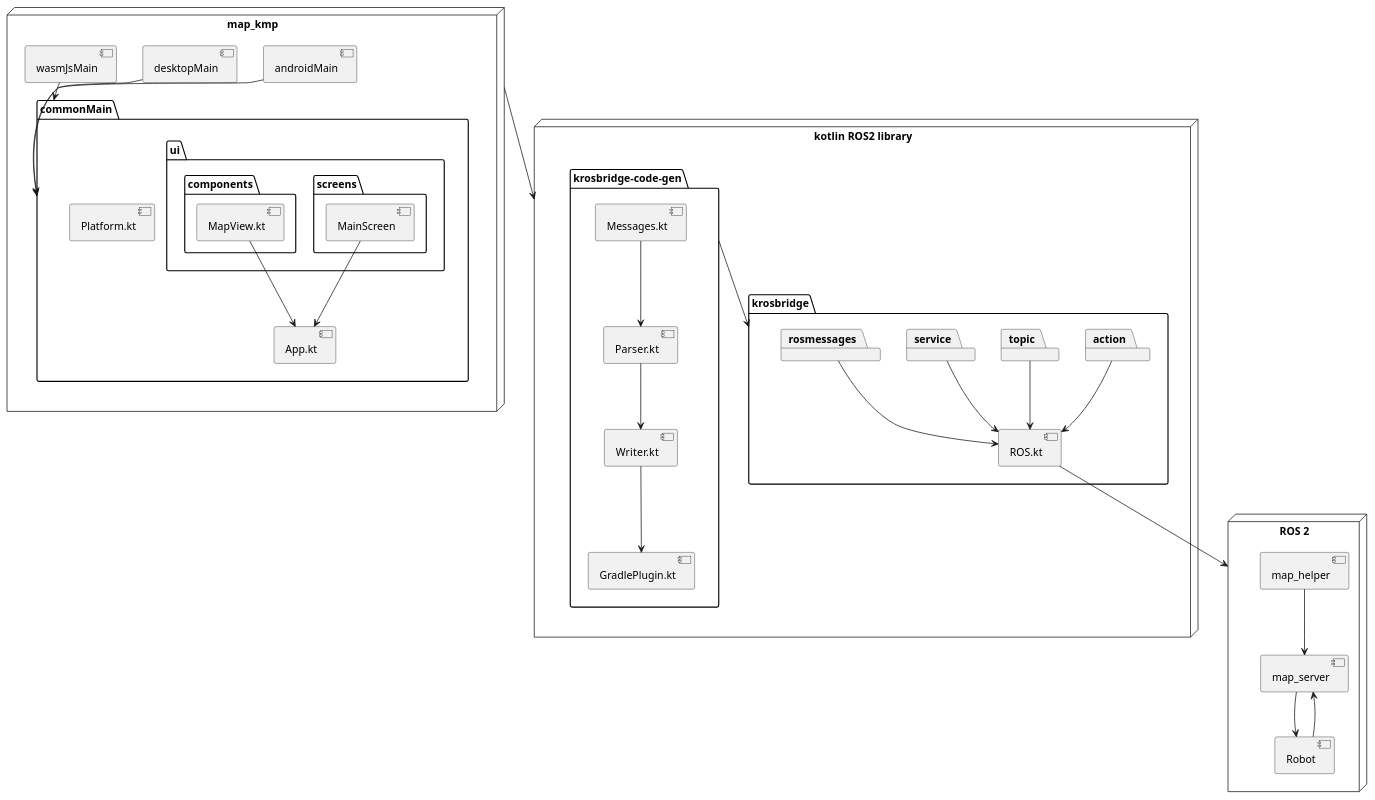
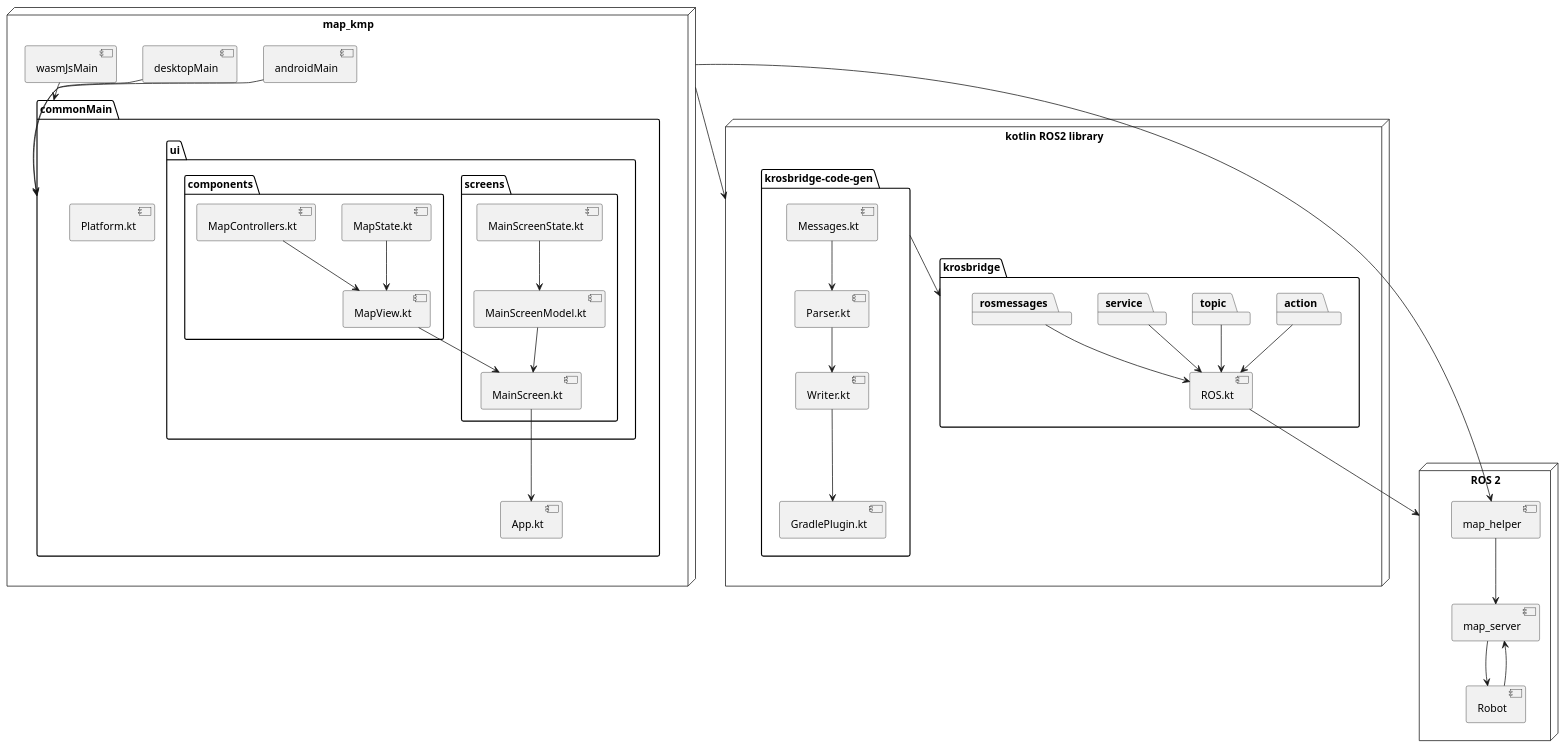
One commit to pank-su/report_2 changed the diagram in diagrams/components.plantuml. Above: the diagram before and after it, drawn with PlantUML. The commit also changed 10 other files, not shown here.

```diff
--- a/diagrams/components.plantuml
+++ b/diagrams/components.plantuml
@@ -1,51 +1,58 @@
 @startuml
+
 node "kotlin ROS2 library"{
    package "krosbridge-code-gen"{
       [GradlePlugin.kt]
       [Messages.kt] --> [Parser.kt]
       [Parser.kt] --> [Writer.kt]
       [Writer.kt] --> [GradlePlugin.kt]
    }
 
    package "krosbridge"{
       [ROS.kt]
       package "action" 
       package "topic"
       package "service"
       package "rosmessages"
       action --> ROS.kt
       service --> ROS.kt
       topic --> ROS.kt
       rosmessages --> ROS.kt
    }
    "krosbridge-code-gen" --> "krosbridge"
 }
 node "ROS 2"{
    [map_helper] --> [map_server]
    [map_server] --> [Robot]
    [Robot] --> [map_server]
 }
 
 ROS.kt --> "ROS 2"
 
 node "map_kmp"{
    package "commonMain"{
       [App.kt]
       [Platform.kt]
 package "ui"{
       package "screens"{
-      [MainScreen] --> [App.kt]
+      [MainScreen.kt] --> [App.kt]
+      [MainScreenModel.kt] --> [MainScreen.kt]
+      [MainScreenState.kt] --> [MainScreenModel.kt]
+
 
    }
       package "components"{
-      [MapView.kt] --> [App.kt]
+      [MapView.kt] --> [MainScreen.kt]
+      [MapState.kt] --> [MapView.kt]
+      [MapControllers.kt] --> [MapView.kt]
    }
 }
    }
    [androidMain] --> "commonMain"
    [desktopMain] --> "commonMain"
    [wasmJsMain] --> "commonMain"
 }
 
 "map_kmp" --> "kotlin ROS2 library"
+"map_kmp" --> map_helper
 @enduml
```
